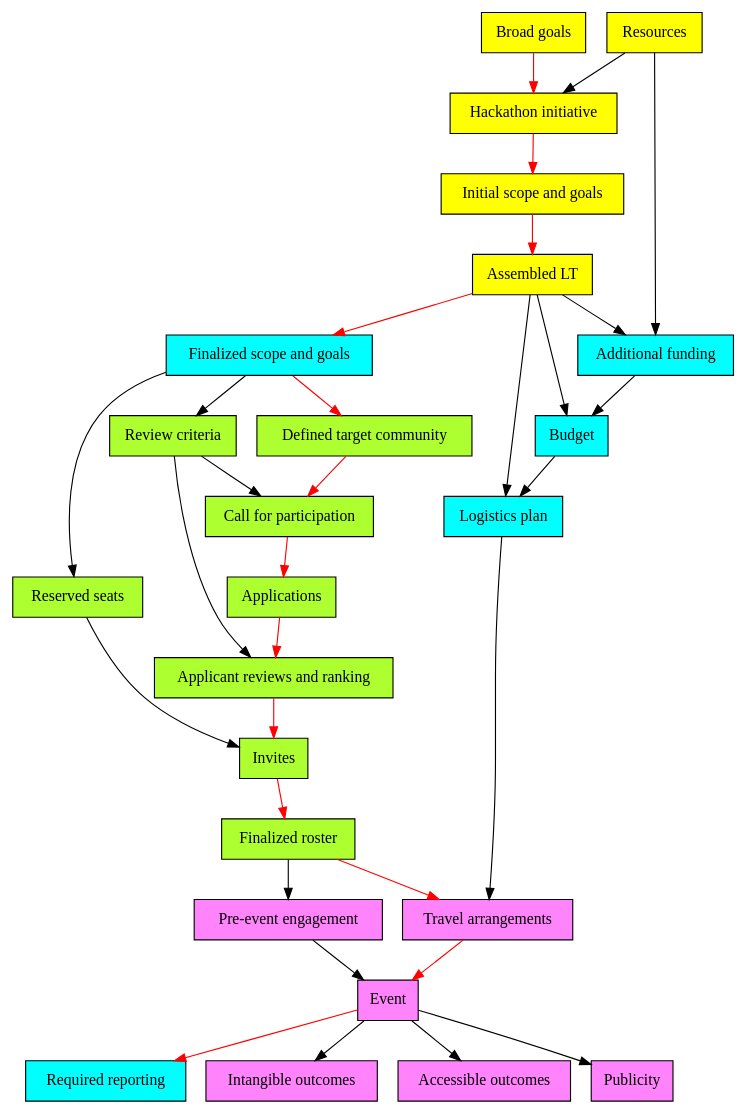
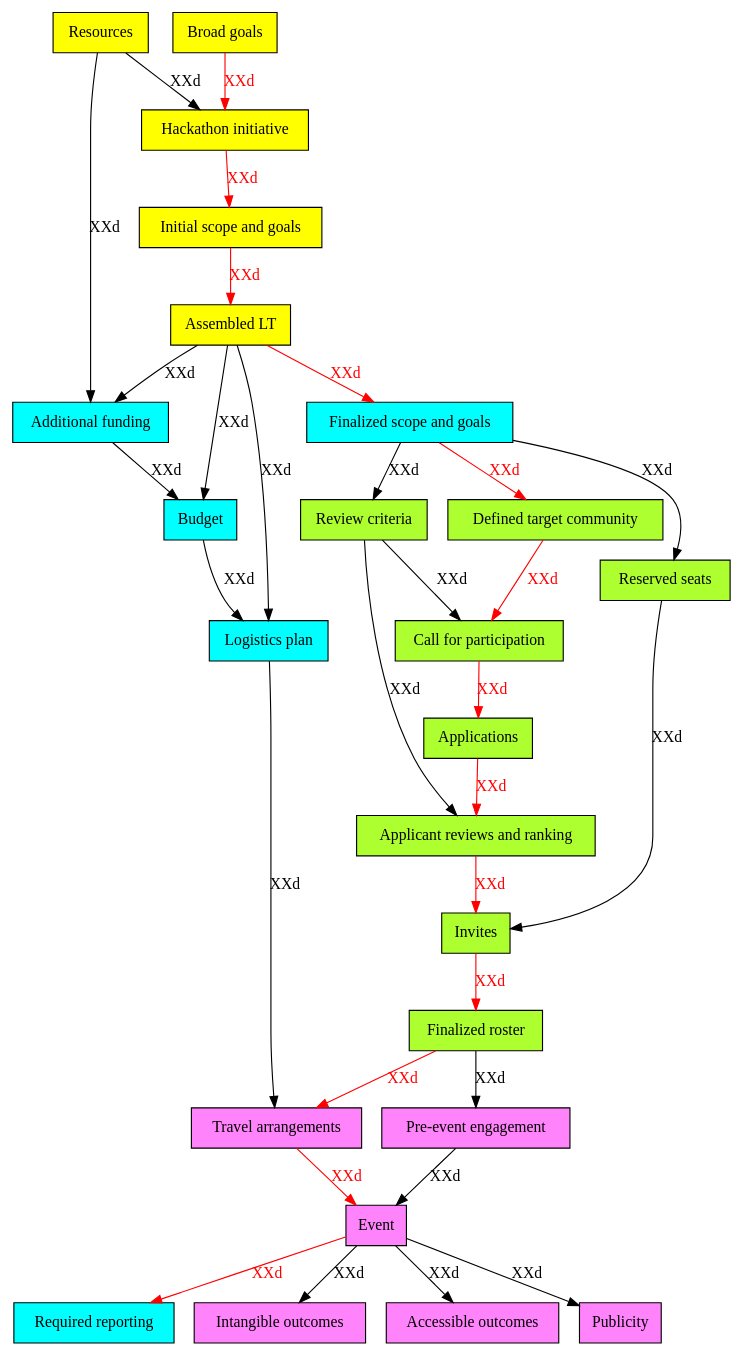
Before and after one commit to NESCent/hip_hack_howto: the diagram in pert_chart/pert_chart.dot, drawn with Graphviz.

Commit message:
added timeline placeholders

```diff
--- a/pert_chart/pert_chart.dot
+++ b/pert_chart/pert_chart.dot
@@ -1,79 +1,95 @@
 digraph pert {
 	node [ shape = box, style = filled, fontname = "Verdana" ];
+	edge [ fontname = "Verdana" ];
 	
 	/* The following nodes are assumed to be the responsibility
 	of the "instigators", i.e. the core team that precedes, and
 	results in, a leadership team */
 	node [fillcolor = yellow];
 	
 	"Broad goals"; // e.g. the goals of a research project that provides core funding
 	"Resources"; // e.g. funding from a project under whose aegis the event is held
 	"Hackathon initiative"; // the decision taken by instigators to organize a hackathon
 	"Initial scope and goals"; // the scope and goals as perceived by the instigators
 	"Assembled LT"; // a more or less finalized Leadership Team to organize the hackathon
 	
 	/* The following nodes are assumed to be the responsibility
 	of the leadership team */
 	node [fillcolor = cyan];
 	
 	"Finalized scope and goals"; // the overarching scope and goals as perceived by the LT
 	"Additional funding"; // any additionally acquired funding
 	"Budget"; // the budget for the hackathon, potentially covering travel, catering, accommodation and venue
 	"Logistics plan"; // planning for location, date, venue, travel, catering, accommodation
 	"Required reporting"; // any reporting that is required by the funders
 	
 	/* The following nodes are concerned with the recruitment 
 	process. These are actually also the responsibility of the LT,
 	but for the team being they are marked up differently */
 	node [fillcolor = greenyellow];
 
 	"Reserved seats"; // a list of domain experts the LT want to invite
 	"Defined target community"; // a list of potential participant types
 	"Review criteria"; // set of criteria by which applicants are reviewed and ranked
 	"Call for participation"; // a widely circulated invitation to apply for participation
 	"Applications"; // a set of completed applications, e.g. forms / email responses
 	"Applicant reviews and ranking"; // reviews and ensuing ranking of applicants
 	"Invites"; // invitations to domain experts and positively reviewed applicants
 	"Finalized roster"; // the final list of participants
 	
 	/* The following nodes are the responsibility of all involved:
 	the LT and the participants */
 	node [fillcolor = orchid1];
 	
 	"Pre-event engagement"; // online interactions to refine scope and goals and expectation management
 	"Travel arrangements"; // participant travel and accommodation 
 	"Event"; // the hackathon itself
 	"Intangible outcomes"; // e.g. strengthened community, knowledge transfer
 	"Accessible outcomes"; // e.g. publications, proposals, code
 	"Publicity"; // e.g. social media, newsletters, hackathon proceedings
 	
 	/* The following edges are assumed to constitute the "critical 
 	path". As a TODO item, a specification of the time needed to achieve
 	each milestone in this graph would allow us to compute the actual
 	critical path and validate the following, subjective, assignments
 	to the critical path */
-	edge [color = red];
-	"Broad goals" -> "Hackathon initiative" -> "Initial scope and goals" ->
-	"Assembled LT" -> "Finalized scope and goals" -> "Defined target community" ->
-	"Call for participation" -> "Applications" -> "Applicant reviews and ranking" ->
-	"Invites" -> "Finalized roster" -> "Travel arrangements" -> "Event" ->
-	"Required reporting";
+	edge [color = red fontcolor = red];
+	
+	"Broad goals" -> "Hackathon initiative" [ label = "XXd" ];
+	"Hackathon initiative" -> "Initial scope and goals" [ label = "XXd" ];
+	"Initial scope and goals" -> "Assembled LT" [ label = "XXd" ];
+	"Assembled LT" -> "Finalized scope and goals" [ label = "XXd" ];
+	"Finalized scope and goals" -> "Defined target community" [ label = "XXd" ];
+	"Defined target community" -> "Call for participation" [ label = "XXd" ];
+	"Call for participation" -> "Applications" [ label = "XXd" ];
+	"Applications" -> "Applicant reviews and ranking" [ label = "XXd" ];
+	"Applicant reviews and ranking" -> "Invites" [ label = "XXd" ];
+	"Invites" -> "Finalized roster" [ label = "XXd" ];
+	"Finalized roster" -> "Travel arrangements" [ label = "XXd" ];
+	"Travel arrangements" -> "Event" [ label = "XXd" ];
+	"Event" -> "Required reporting" [ label = "XXd" ];
 	
 	/* These edges do not belong to the critical path. This doesn't mean
 	they're somehow less important, just that they don't participate in the
 	longest dependency chain. */
-	edge [color = black];
-	"Resources" -> "Hackathon initiative";
-	"Resources" -> "Additional funding" -> "Budget" -> "Logistics plan" -> 
-	"Travel arrangements";
-	"Finalized scope and goals" -> "Reserved seats" -> "Invites";
-	"Finalized scope and goals" -> "Review criteria" -> "Applicant reviews and ranking";
-	"Review criteria" -> "Call for participation";
-	"Finalized roster" -> "Pre-event engagement" -> "Event";
-	"Event" -> "Intangible outcomes";
-	"Event" -> "Accessible outcomes";
-	"Event" -> "Publicity";
-	"Assembled LT" -> "Additional funding";
-	"Assembled LT" -> "Budget";
-	"Assembled LT" -> "Logistics plan";
+	edge [color = black fontcolor = black];
+	
+	"Resources" -> "Hackathon initiative" [ label = "XXd" ];
+	"Resources" -> "Additional funding" [ label = "XXd" ];
+	"Additional funding" -> "Budget" [ label = "XXd" ];
+	"Budget" -> "Logistics plan" [ label = "XXd" ];
+	"Logistics plan" -> "Travel arrangements" [ label = "XXd" ];
+	"Finalized scope and goals" -> "Reserved seats" [ label = "XXd" ];
+	"Finalized scope and goals" -> "Review criteria" [ label = "XXd" ];
+	"Review criteria" -> "Applicant reviews and ranking" [ label = "XXd" ];	
+	"Review criteria" -> "Call for participation" [ label = "XXd" ];
+	"Reserved seats" -> "Invites" [ label = "XXd" ];
+	"Finalized roster" -> "Pre-event engagement" [ label = "XXd" ];
+	"Pre-event engagement" -> "Event" [ label = "XXd" ];
+	"Event" -> "Intangible outcomes" [ label = "XXd" ];
+	"Event" -> "Accessible outcomes" [ label = "XXd" ];
+	"Event" -> "Publicity" [ label = "XXd" ];
+	"Assembled LT" -> "Additional funding" [ label = "XXd" ];
+	"Assembled LT" -> "Budget" [ label = "XXd" ];
+	"Assembled LT" -> "Logistics plan" [ label = "XXd" ];
 }
```
